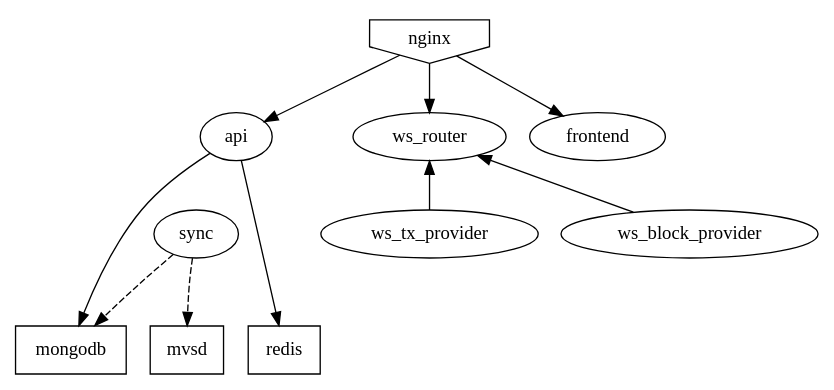
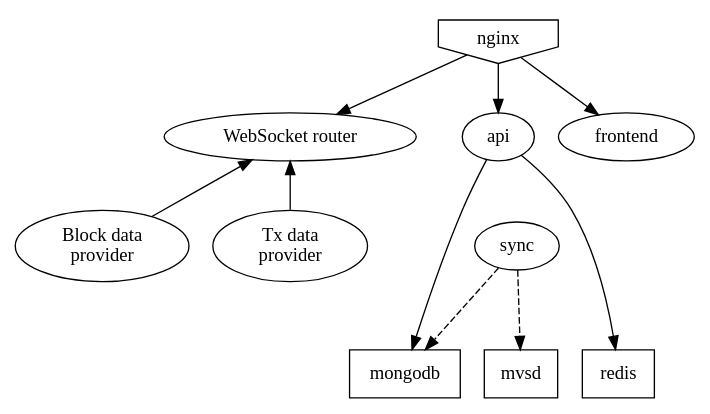
One commit to mvs-org/mvs-explorer-api changed the diagram in docs/architecture.dot. Above: the diagram before and after it, drawn with Graphviz. The commit also changed 1 other file, not shown here.

Commit message:
Architecture graph labels

```diff
--- a/docs/architecture.dot
+++ b/docs/architecture.dot
@@ -1,29 +1,32 @@
 digraph app_architecture	{
 
 	mongodb[shape=box]
 	redis[shape=box]
 	mvsd[shape=box]
 	nginx[shape=invhouse]
+	ws_router[label="WebSocket router"]
+	ws_block_provider[label="Tx data\n provider"]
+	ws_tx_provider[label="Block data\n provider"]
 	
 	nginx -> api
 	nginx -> ws_router
 	nginx -> frontend
 	
 	ws_router -> ws_block_provider [dir=back]
 	ws_router -> ws_tx_provider [dir=back]
 	sync -> mvsd [ 
 		style=dashed 
 		label="       "
 	];
 	
 	api->sync[style = invis]
 	sync->redis[style = invis]
 	
 	api -> mongodb;
 	api -> redis;
 	
 	sync -> mongodb [
 		style=dashed
 		label="       "
 	];
 }
```
